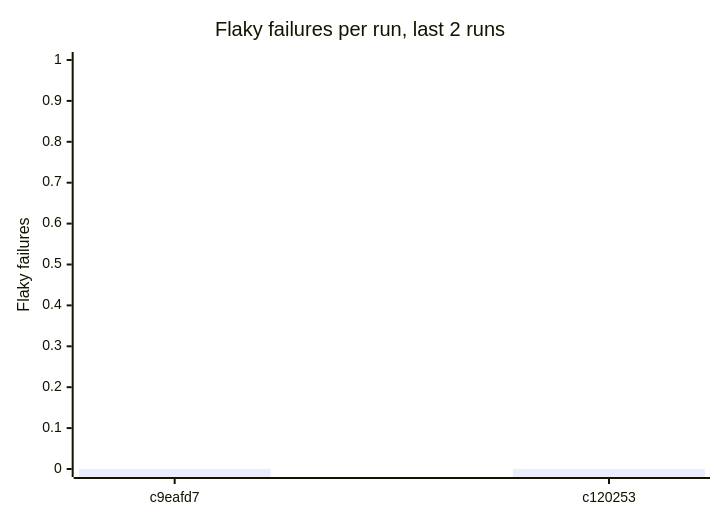
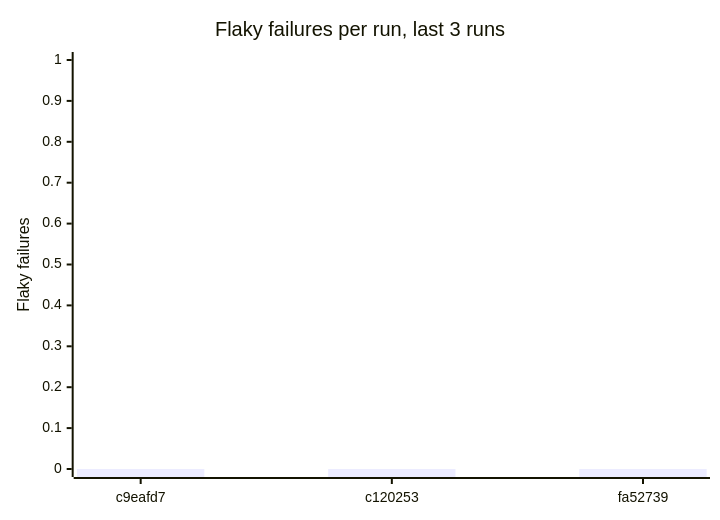
The second of 3 diagrams in reports/summary.md (Shirojoufu/Flaky-Tests), drawn with Mermaid before and after one commit. The commit also changed other lines of this file and 6 other files, not shown here.

````diff
--- a/reports/summary.md
+++ b/reports/summary.md
@@ -25,7 +25,7 @@
 ```mermaid
 xychart-beta
-    title "Flaky failures per run, last 2 runs"
-    x-axis ["c9eafd7", "c120253"]
+    title "Flaky failures per run, last 3 runs"
+    x-axis ["c9eafd7", "c120253", "fa52739"]
     y-axis "Flaky failures" 0 --> 1
-    bar [0, 0]
+    bar [0, 0, 0]
 ```
````
